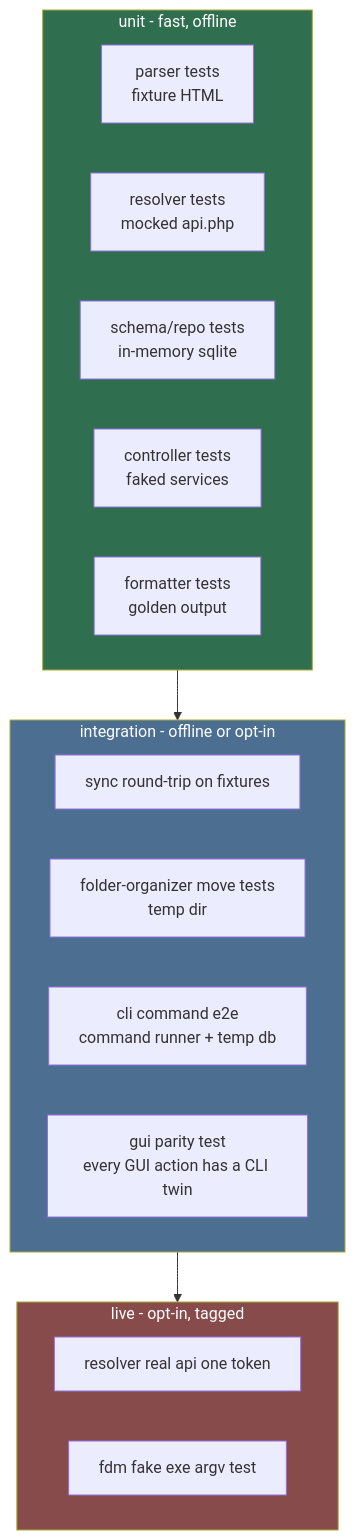
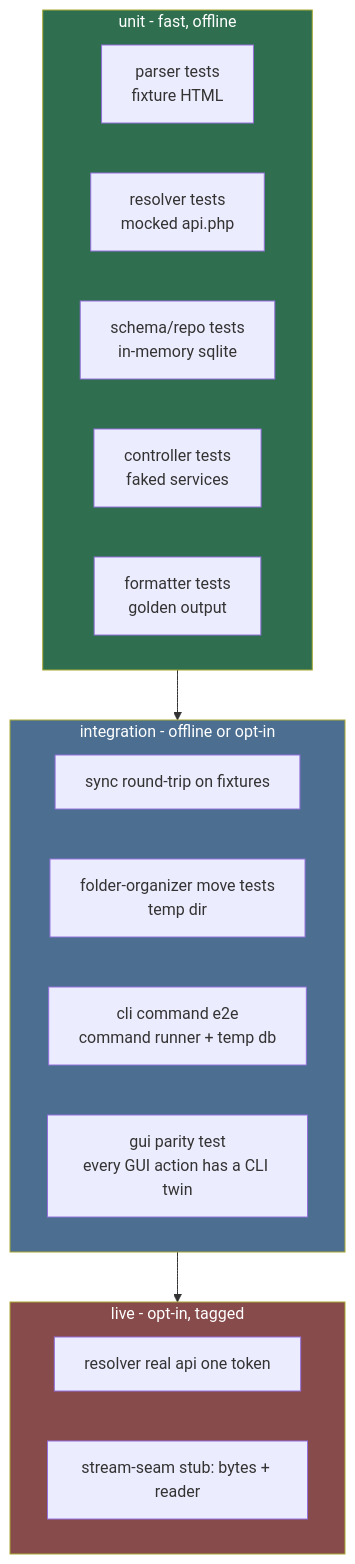
One commit to HELIX-Origin/LewdZone-Launcher changed the diagram in .agents/agents/testing/testing.md. Above: the diagram before and after it, drawn with Mermaid. The commit also changed other lines of this file and 45 other files, not shown here.

````diff
--- a/.agents/agents/testing/testing.md
+++ b/.agents/agents/testing/testing.md
@@ -22,27 +22,27 @@
 ```mermaid
 flowchart TD
     subgraph L1["unit - fast, offline"]
         P["parser tests<br/>fixture HTML"]
         R["resolver tests<br/>mocked api.php"]
         DB["schema/repo tests<br/>in-memory sqlite"]
         C["controller tests<br/>faked services"]
         F["formatter tests<br/>golden output"]
     end
     subgraph L2["integration - offline or opt-in"]
         S[sync round-trip on fixtures]
         FS["folder-organizer move tests<br/>temp dir"]
         CL["cli command e2e<br/>command runner + temp db"]
         GP["gui parity test<br/>every GUI action has a CLI twin"]
     end
     subgraph L3["live - opt-in, tagged"]
         L[resolver real api one token]
-        SFDM[fdm fake exe argv test]
+        SFDM[stream-seam stub: bytes + reader]
     end
 
     L1 --> L2
     L2 --> L3
 
     style L1 fill:#2f6f4f,color:#fff
     style L2 fill:#4b6e91,color:#fff
     style L3 fill:#874b4b,color:#fff
 ```
````
